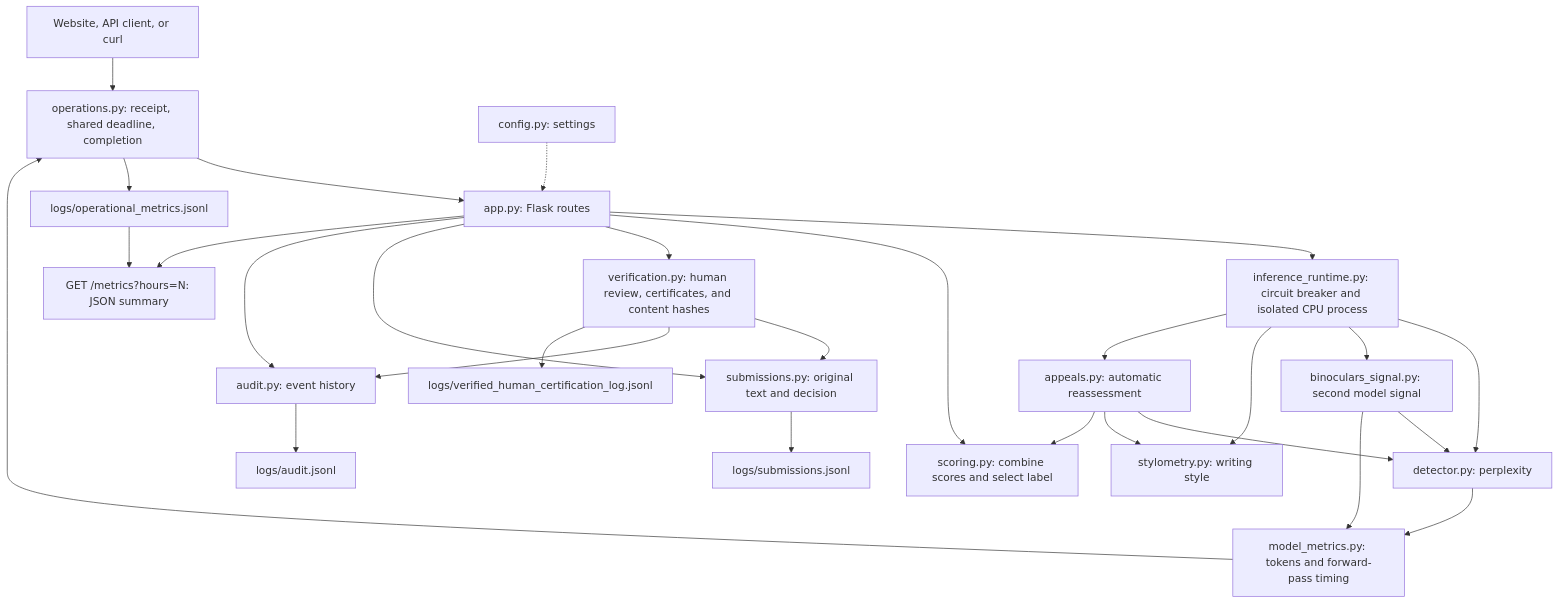
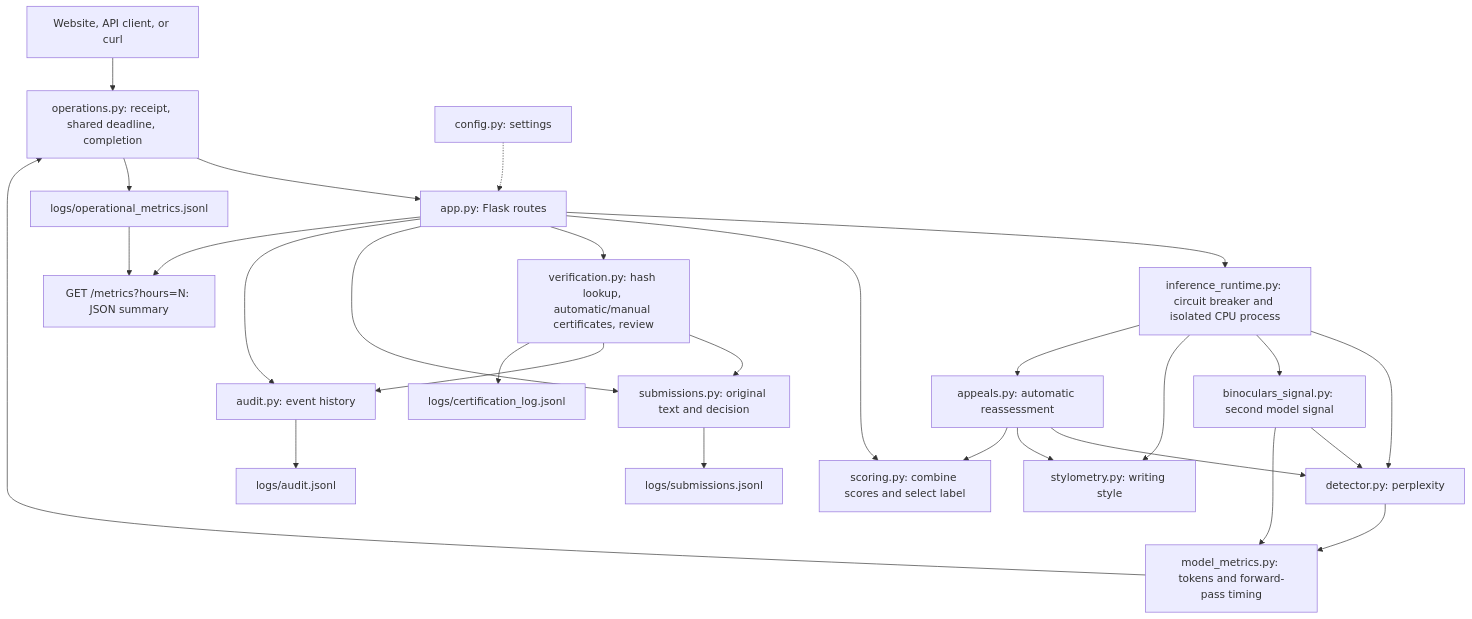
The first of 8 diagrams in PROGRAM_FLOW.md (dhalderBU/ai201-project4-provenance-guard-starter-v2026), drawn with Mermaid before and after one commit. The commit also changed other lines of this file and 9 other files, not shown here.

````diff
--- a/PROGRAM_FLOW.md
+++ b/PROGRAM_FLOW.md
@@ -15,30 +17,30 @@
 ```mermaid
 flowchart TD
     Client["Website, API client, or curl"] --> Ops["operations.py: receipt, shared deadline, completion"]
     Ops --> API["app.py: Flask routes"]
     Settings["config.py: settings"] -.-> API
     API --> Runtime["inference_runtime.py: circuit breaker and isolated CPU process"]
     Runtime --> Detector["detector.py: perplexity"]
     Runtime --> Binoculars["binoculars_signal.py: second model signal"]
     Binoculars --> Detector
     Runtime --> Style["stylometry.py: writing style"]
     API --> Scoring["scoring.py: combine scores and select label"]
     Runtime --> Appeals["appeals.py: automatic reassessment"]
     Appeals --> Detector
     Appeals --> Style
     Appeals --> Scoring
-    API --> Verification["verification.py: human review, certificates, and content hashes"]
+    API --> Verification["verification.py: hash lookup, automatic/manual certificates, review"]
     API --> Submissions["submissions.py: original text and decision"]
     API --> Audit["audit.py: event history"]
     Verification --> Submissions
     Verification --> Audit
     Submissions --> SubmissionFile["logs/submissions.jsonl"]
     Audit --> AuditFile["logs/audit.jsonl"]
-    Verification --> Certificates["logs/verified_human_certification_log.jsonl"]
+    Verification --> Certificates["logs/certification_log.jsonl"]
     Detector --> Measurements["model_metrics.py: tokens and forward-pass timing"]
     Binoculars --> Measurements
     Measurements --> Ops
     Ops --> OperationalFile["logs/operational_metrics.jsonl"]
     API --> Summary["GET /metrics?hours=N: JSON summary"]
     OperationalFile --> Summary
 ```
````
